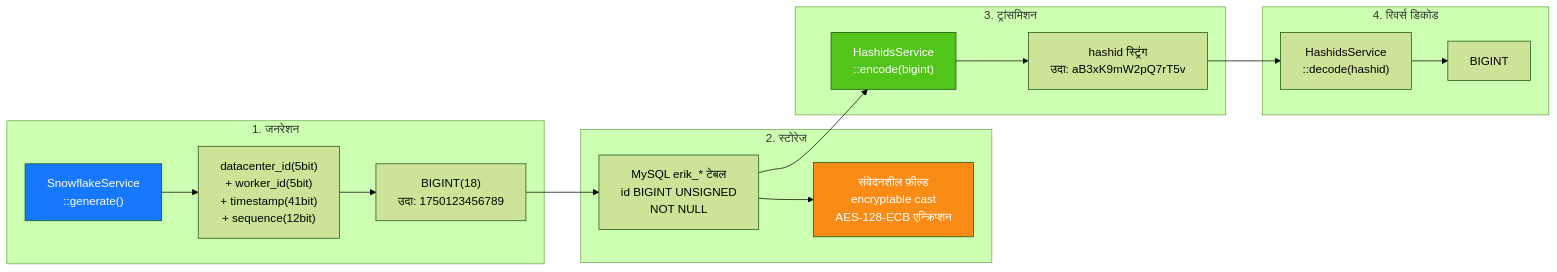
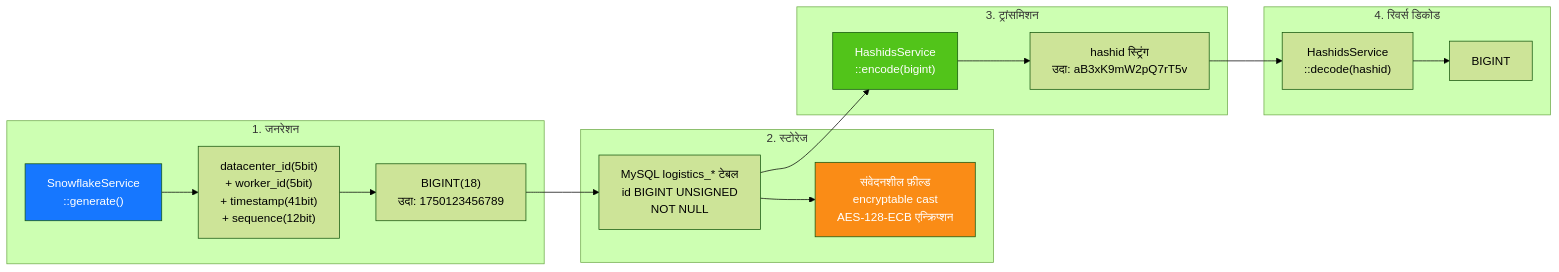
Before and after one commit to erikwang2013/integrated-global-logistics: the seventh of 14 diagrams in admin/docs/ARCHITECTURE.hi.md, drawn with Mermaid (forest theme). The commit also changed other lines of this file and 211 other files, not shown here.

````diff
--- a/admin/docs/ARCHITECTURE.hi.md
+++ b/admin/docs/ARCHITECTURE.hi.md
@@ -364,33 +364,33 @@
 ```mermaid
 flowchart LR
     subgraph "1. जनरेशन"
         G1["SnowflakeService<br/>::generate()"]
         G2["datacenter_id(5bit)<br/>+ worker_id(5bit)<br/>+ timestamp(41bit)<br/>+ sequence(12bit)"]
         G3["BIGINT(18)<br/>उदा: 1750123456789"]
         G1 --> G2 --> G3
     end
 
     subgraph "2. स्टोरेज"
-        S1["MySQL erik_* टेबल<br/>id BIGINT UNSIGNED<br/>NOT NULL"]
+        S1["MySQL logistics_* टेबल<br/>id BIGINT UNSIGNED<br/>NOT NULL"]
         S2["संवेदनशील फ़ील्ड<br/>encryptable cast<br/>AES-128-ECB एन्क्रिप्शन"]
         G3 --> S1
         S1 --> S2
     end
 
     subgraph "3. ट्रांसमिशन"
         T1["HashidsService<br/>::encode(bigint)"]
         T2["hashid स्ट्रिंग<br/>उदा: aB3xK9mW2pQ7rT5v"]
         S1 --> T1
         T1 --> T2
     end
 
     subgraph "4. रिवर्स डिकोड"
         R1["HashidsService<br/>::decode(hashid)"]
         R2["BIGINT"]
         T2 --> R1 --> R2
     end
 
     style G1 fill:#1677FF,color:#fff
     style T1 fill:#52C41A,color:#fff
     style S2 fill:#FA8C16,color:#fff
 ```
````
